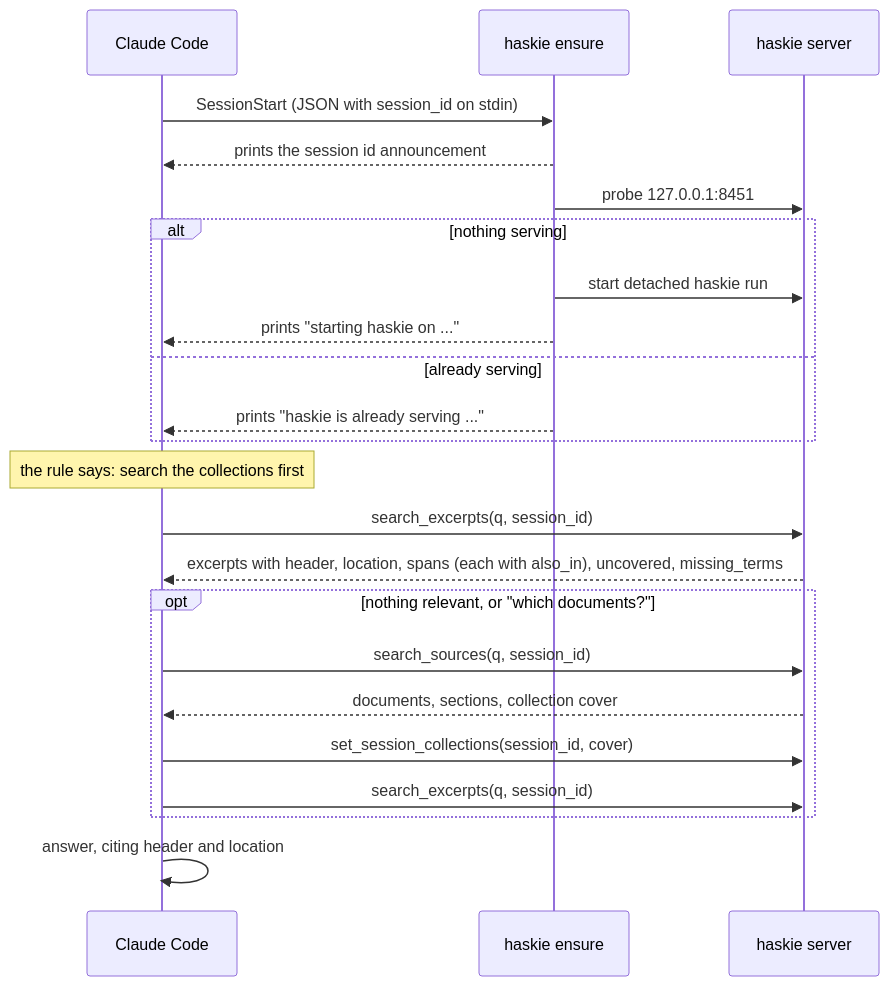
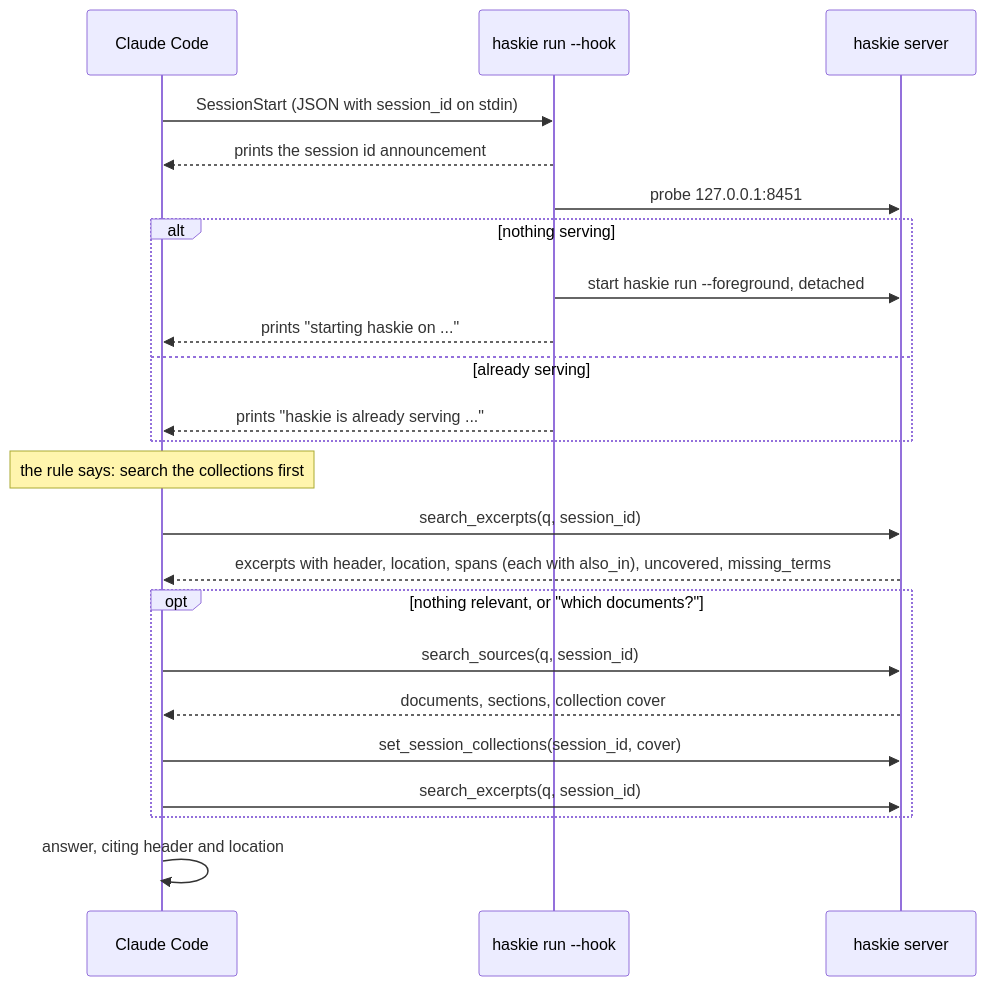
Before and after one commit to haskian/haskie: the second of 2 diagrams in docs/mcp.md, drawn with Mermaid. The commit also changed other lines of this file and 43 other files, not shown here.

Commit message:
feat!: one haskie run, multi-file import, GPU support on every platform (#27)

````diff
--- a/docs/mcp.md
+++ b/docs/mcp.md
@@ -43,25 +44,25 @@
 ```mermaid
 sequenceDiagram
     participant CC as Claude Code
-    participant Hook as haskie ensure
+    participant Hook as haskie run --hook
     participant H as haskie server
     CC->>Hook: SessionStart (JSON with session_id on stdin)
     Hook-->>CC: prints the session id announcement
     Hook->>H: probe 127.0.0.1:8451
     alt nothing serving
-        Hook->>H: start detached haskie run
+        Hook->>H: start haskie run --foreground, detached
         Hook-->>CC: prints "starting haskie on ..."
     else already serving
         Hook-->>CC: prints "haskie is already serving ..."
     end
     Note over CC: the rule says: search the collections first
     CC->>H: search_excerpts(q, session_id)
     H-->>CC: excerpts with header, location, spans (each with also_in), uncovered, missing_terms
     opt nothing relevant, or "which documents?"
         CC->>H: search_sources(q, session_id)
         H-->>CC: documents, sections, collection cover
         CC->>H: set_session_collections(session_id, cover)
         CC->>H: search_excerpts(q, session_id)
     end
     CC->>CC: answer, citing header and location
 ```
````
